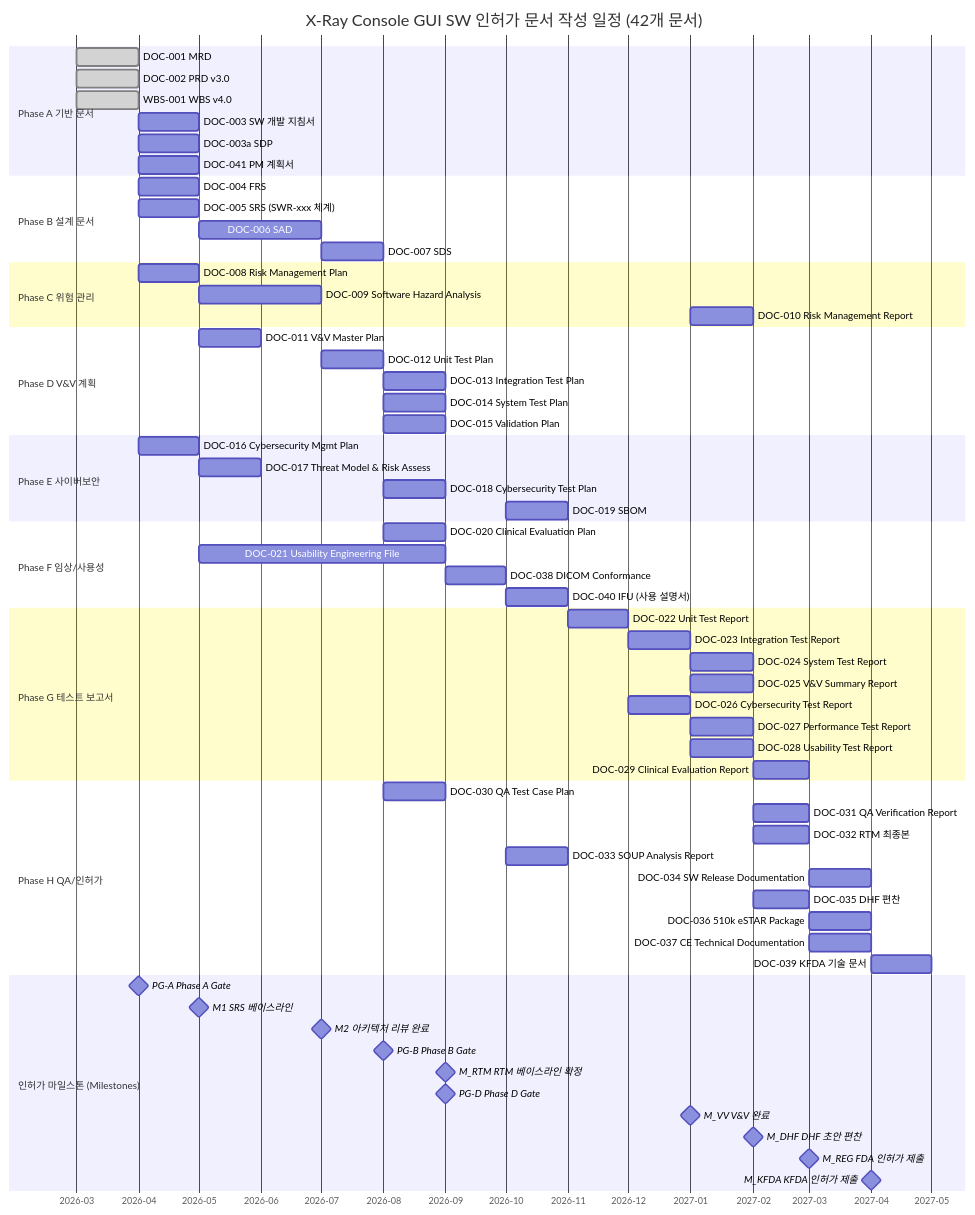
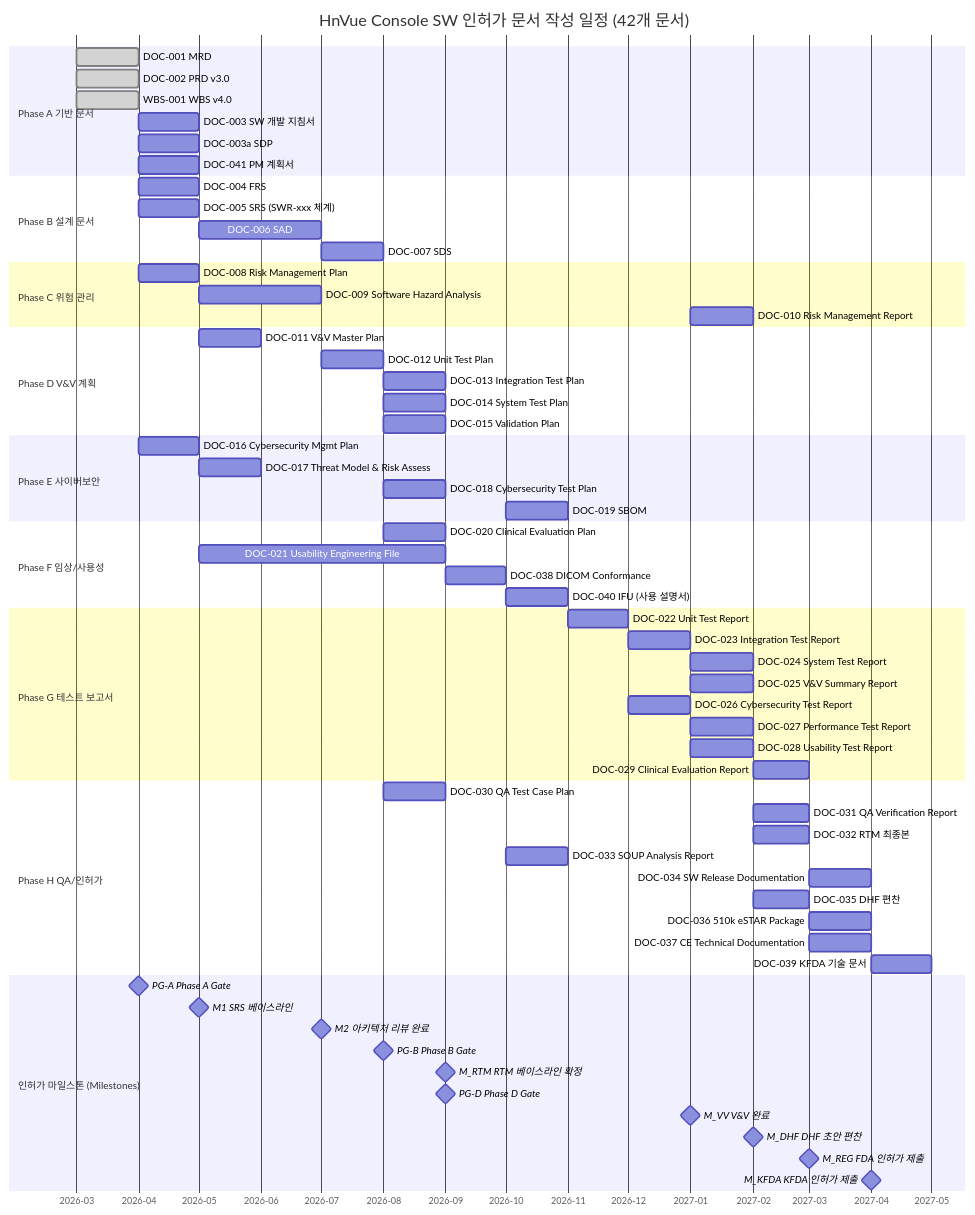
One commit to holee9/console-gui changed the fourth of 9 diagrams in docs/management/DMP-001_DMP_v1.0.md. Above: the diagram before and after it, drawn with Mermaid. The commit also changed other lines of this file and 40 other files, not shown here.

````diff
--- a/docs/management/DMP-001_DMP_v1.0.md
+++ b/docs/management/DMP-001_DMP_v1.0.md
@@ -578,77 +578,77 @@
 ```mermaid
 gantt
-    title X-Ray Console GUI SW 인허가 문서 작성 일정 (42개 문서)
+    title HnVue Console SW 인허가 문서 작성 일정 (42개 문서)
     dateFormat  YYYY-MM
     axisFormat  %Y-%m
 
     section Phase A 기반 문서
     DOC-001 MRD                          :done, a1, 2026-03, 1M
     DOC-002 PRD v3.0                    :done, a2, 2026-03, 1M
     WBS-001 WBS v4.0                    :done, a3, 2026-03, 1M
     DOC-003 SW 개발 지침서              :a4, 2026-04, 1M
     DOC-003a SDP                        :a5, 2026-04, 1M
     DOC-041 PM 계획서                   :a6, 2026-04, 1M
 
     section Phase B 설계 문서
     DOC-004 FRS                         :b1, 2026-04, 1M
     DOC-005 SRS (SWR-xxx 체계)         :b2, 2026-04, 1M
     DOC-006 SAD                         :b3, 2026-05, 2M
     DOC-007 SDS                         :b4, 2026-07, 1M
 
     section Phase C 위험 관리
     DOC-008 Risk Management Plan        :c1, 2026-04, 1M
     DOC-009 Software Hazard Analysis    :c2, 2026-05, 2M
     DOC-010 Risk Management Report      :c3, 2027-01, 1M
 
     section Phase D V&V 계획
     DOC-011 V&V Master Plan             :d1, 2026-05, 1M
     DOC-012 Unit Test Plan              :d2, 2026-07, 1M
     DOC-013 Integration Test Plan       :d3, 2026-08, 1M
     DOC-014 System Test Plan            :d4, 2026-08, 1M
     DOC-015 Validation Plan             :d5, 2026-08, 1M
 
     section Phase E 사이버보안
     DOC-016 Cybersecurity Mgmt Plan     :e1, 2026-04, 1M
     DOC-017 Threat Model & Risk Assess  :e2, 2026-05, 1M
     DOC-018 Cybersecurity Test Plan     :e3, 2026-08, 1M
     DOC-019 SBOM                        :e4, 2026-10, 1M
 
     section Phase F 임상/사용성
     DOC-020 Clinical Evaluation Plan    :f1, 2026-08, 1M
     DOC-021 Usability Engineering File  :f2, 2026-05, 4M
     DOC-038 DICOM Conformance           :f3, 2026-09, 1M
     DOC-040 IFU (사용 설명서)           :f4, 2026-10, 1M
 
     section Phase G 테스트 보고서
     DOC-022 Unit Test Report            :g1, 2026-11, 1M
     DOC-023 Integration Test Report     :g2, 2026-12, 1M
     DOC-024 System Test Report          :g3, 2027-01, 1M
     DOC-025 V&V Summary Report          :g4, 2027-01, 1M
     DOC-026 Cybersecurity Test Report   :g5, 2026-12, 1M
     DOC-027 Performance Test Report     :g6, 2027-01, 1M
     DOC-028 Usability Test Report       :g7, 2027-01, 1M
     DOC-029 Clinical Evaluation Report  :g8, 2027-02, 1M
 
     section Phase H QA/인허가
     DOC-030 QA Test Case Plan           :h1, 2026-08, 1M
     DOC-031 QA Verification Report      :h2, 2027-02, 1M
     DOC-032 RTM 최종본                  :h3, 2027-02, 1M
     DOC-033 SOUP Analysis Report        :h4, 2026-10, 1M
     DOC-034 SW Release Documentation    :h5, 2027-03, 1M
     DOC-035 DHF 편찬                    :h6, 2027-02, 1M
     DOC-036 510k eSTAR Package          :h7, 2027-03, 1M
     DOC-037 CE Technical Documentation  :h8, 2027-03, 1M
     DOC-039 KFDA 기술 문서              :h9, 2027-04, 1M
 
     section 인허가 마일스톤 (Milestones)
     PG-A Phase A Gate                   :milestone, mga, 2026-04, 0d
     M1 SRS 베이스라인                   :milestone, m1, 2026-05, 0d
     M2 아키텍처 리뷰 완료              :milestone, m2, 2026-07, 0d
     PG-B Phase B Gate                   :milestone, mgb, 2026-08, 0d
     M_RTM RTM 베이스라인 확정          :milestone, mRTM, 2026-09, 0d
     PG-D Phase D Gate                   :milestone, mgd, 2026-09, 0d
     M_VV V&V 완료                      :milestone, mVV, 2027-01, 0d
     M_DHF DHF 초안 편찬                :milestone, mDHF, 2027-02, 0d
     M_REG FDA 인허가 제출              :milestone, mREG, 2027-03, 0d
     M_KFDA KFDA 인허가 제출            :milestone, mKFDA, 2027-04, 0d
 ```
````
